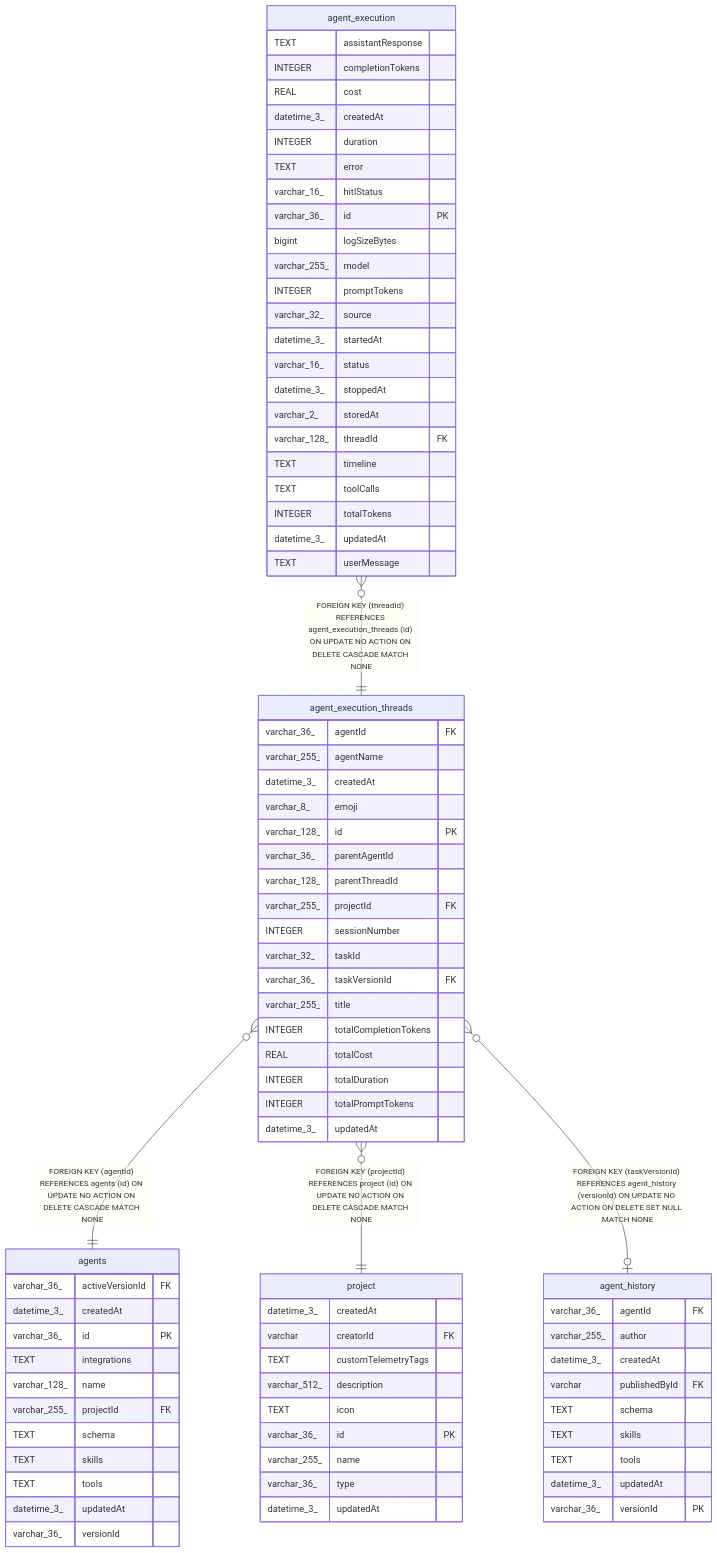
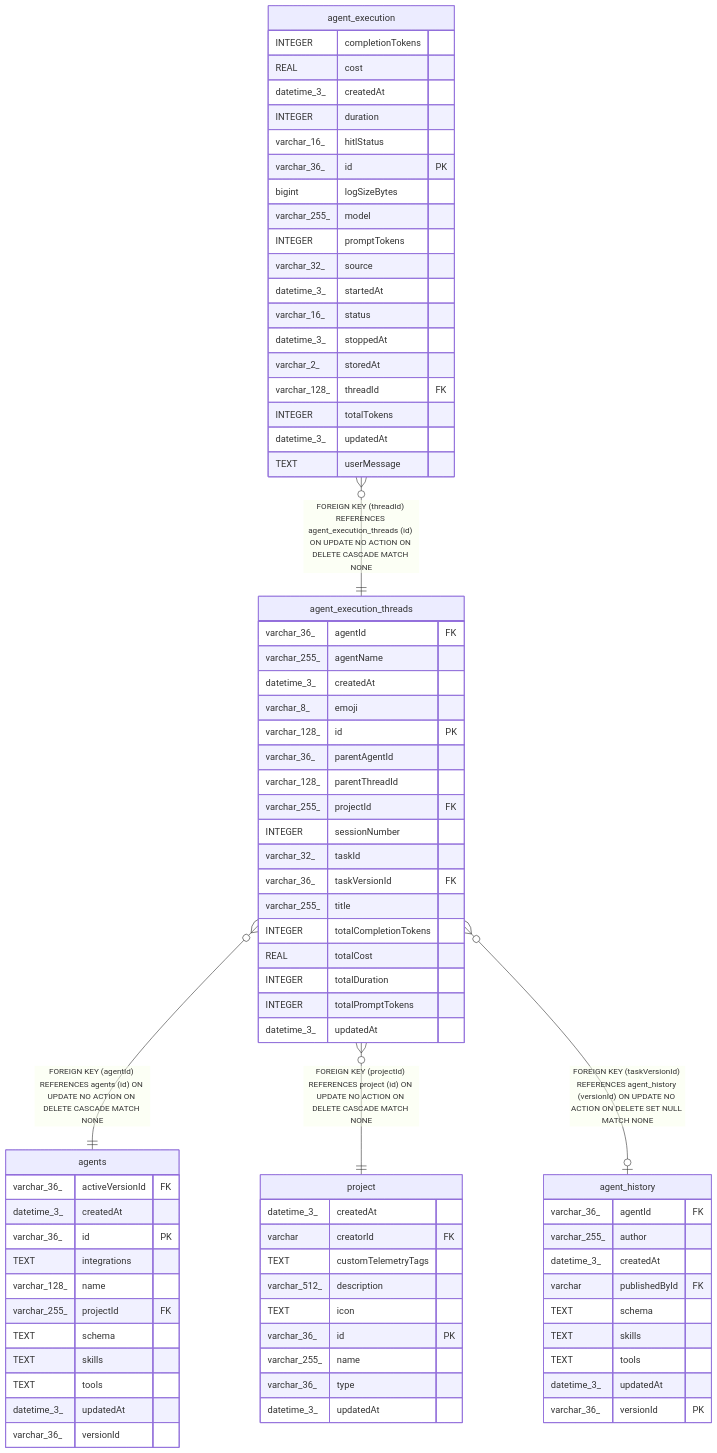
The diagram in docs/generated/sqlite-schema/agent_execution_threads.md (mayankjain1815-commits/n8n), drawn with Mermaid before and after one commit. The commit also changed 30 other files, not shown here.

```diff
--- a/docs/generated/sqlite-schema/agent_execution_threads.md
+++ b/docs/generated/sqlite-schema/agent_execution_threads.md
@@ -95,12 +95,10 @@
   varchar_36_ versionId
 }
 "agent_execution" {
-  TEXT assistantResponse
   INTEGER completionTokens
   REAL cost
   datetime_3_ createdAt
   INTEGER duration
-  TEXT error
   varchar_16_ hitlStatus
   varchar_36_ id PK
   bigint logSizeBytes
@@ -112,8 +110,6 @@
   datetime_3_ stoppedAt
   varchar_2_ storedAt
   varchar_128_ threadId FK
-  TEXT timeline
-  TEXT toolCalls
   INTEGER totalTokens
   datetime_3_ updatedAt
   TEXT userMessage
```
